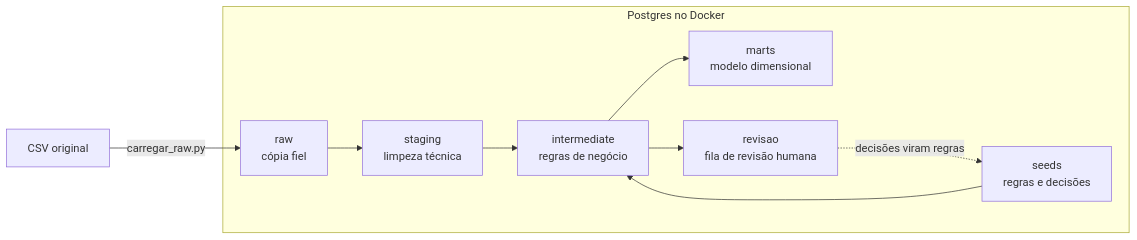
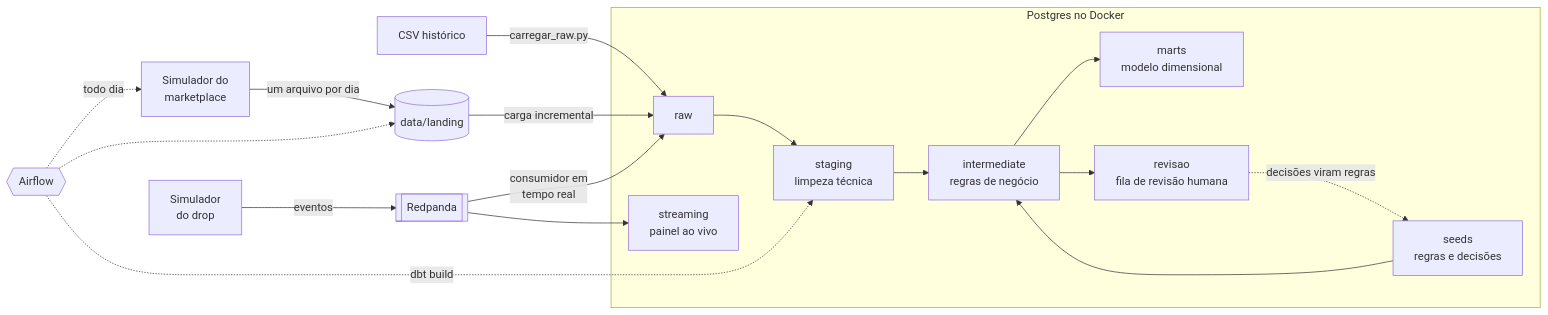
The first of 2 diagrams in README.md (tati0wh/brecho-pipeline), drawn with Mermaid before and after one commit. The commit also changed other lines of this file, not shown here.

Commit message:
README: marketplace vivo, Airflow, drop em streaming e CI

````diff
--- a/README.md
+++ b/README.md
@@ -27,13 +32,25 @@
 ```mermaid
 flowchart LR
-    CSV[CSV original] -->|carregar_raw.py| RAW
+    CSV[CSV histórico] -->|carregar_raw.py| RAW
+
+    SIM[Simulador do<br/>marketplace] -->|um arquivo por dia| LAND[(data/landing)]
+    LAND -->|carga incremental| RAW
+
+    DROP[Simulador<br/>do drop] -->|eventos| RP[[Redpanda]]
+    RP -->|consumidor em<br/>tempo real| RAW
+    RP --> LIVE[streaming<br/>painel ao vivo]
 
     subgraph Postgres [Postgres no Docker]
-        RAW[raw<br/>cópia fiel] --> STG[staging<br/>limpeza técnica]
+        RAW[raw] --> STG[staging<br/>limpeza técnica]
         STG --> INT[intermediate<br/>regras de negócio]
         SEEDS[seeds<br/>regras e decisões] --> INT
         INT --> MARTS[marts<br/>modelo dimensional]
         INT --> REV[revisao<br/>fila de revisão humana]
         REV -.->|decisões viram regras| SEEDS
+        LIVE
     end
+
+    AF{{Airflow}} -.->|todo dia| SIM
+    AF -.-> LAND
+    AF -.->|dbt build| STG
 ```
````
